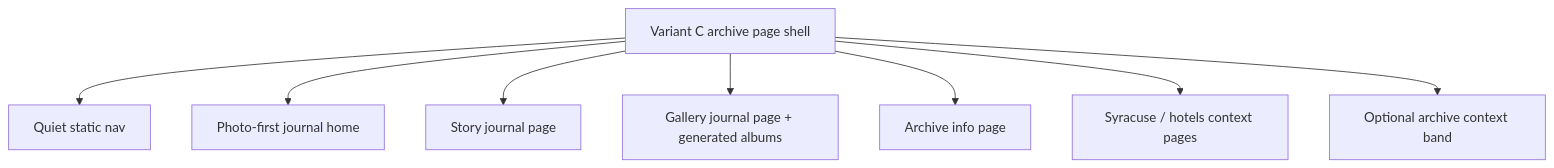
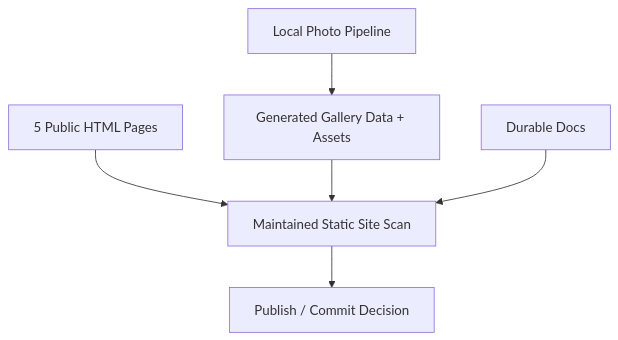
Before and after one commit to skeller01/wedding-website: the second of 4 diagrams in documentation/planning/working/refactor-plan.md, drawn with Mermaid. The commit also changed other lines of this file and 9 other files, not shown here.

````diff
--- a/documentation/planning/working/refactor-plan.md
+++ b/documentation/planning/working/refactor-plan.md
@@ -268,19 +344,15 @@
 ```mermaid
 flowchart TD
-  Shell[Variant C archive page shell]
-  Nav[Quiet static nav]
-  Home[Photo-first journal home]
-  Story[Story journal page]
-  Gallery[Gallery journal page + generated albums]
-  Info[Archive info page]
-  Travel[Syracuse / hotels context pages]
-  Context[Optional archive context band]
+  PublicPages[5 Public HTML Pages]
+  GalleryData[Generated Gallery Data + Assets]
+  PhotoTool[Local Photo Pipeline]
+  Scan[Maintained Static Site Scan]
+  Docs[Durable Docs]
+  Release[Publish / Commit Decision]
 
-  Shell --> Nav
-  Shell --> Home
-  Shell --> Story
-  Shell --> Gallery
-  Shell --> Info
-  Shell --> Travel
-  Shell --> Context
+  PublicPages --> Scan
+  GalleryData --> Scan
+  PhotoTool --> GalleryData
+  Docs --> Scan
+  Scan --> Release
 ```
````
